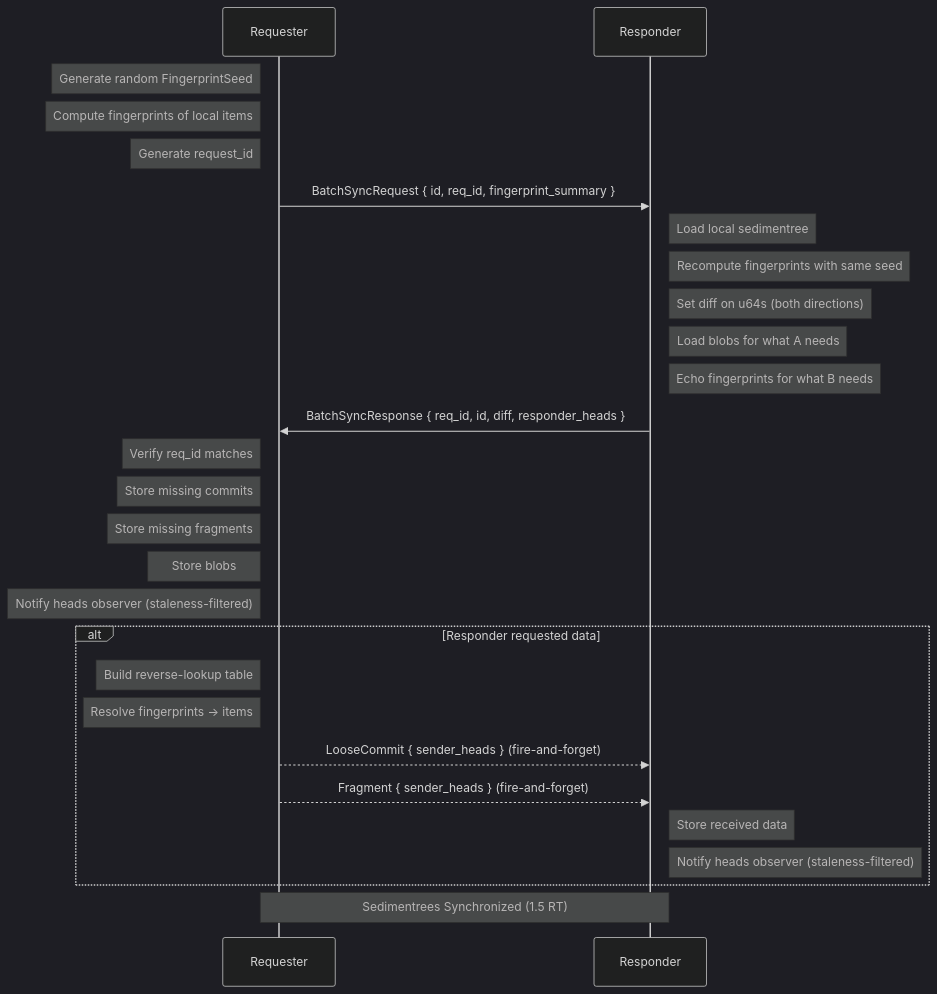
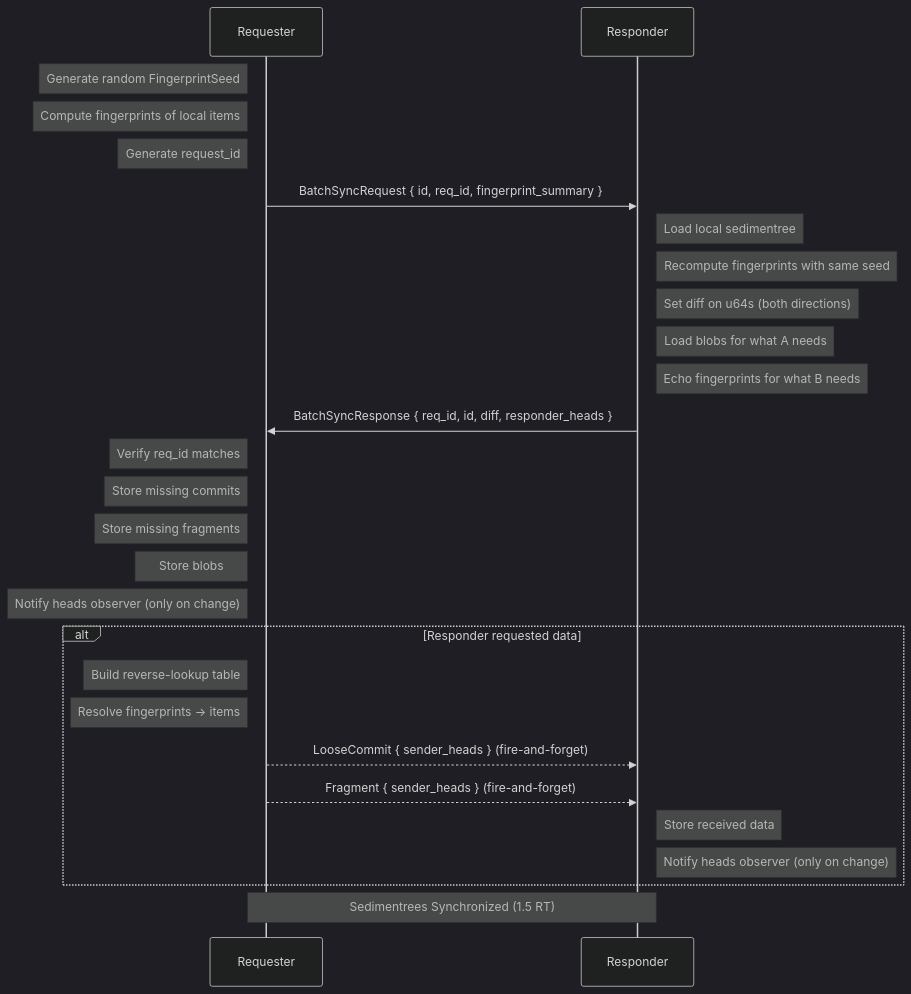
One commit to inkandswitch/subduction changed the third of 3 diagrams in design/sync/batch.md. Above: the diagram before and after it, drawn with Mermaid (dark theme). The commit also changed other lines of this file and 14 other files, not shown here.

````diff
--- a/design/sync/batch.md
+++ b/design/sync/batch.md
@@ -242,36 +246,36 @@
 ```mermaid
 sequenceDiagram
     participant A as Requester
     participant B as Responder
 
     Note left of A: Generate random FingerprintSeed
     Note left of A: Compute fingerprints of local items
     Note left of A: Generate request_id
 
     A->>B: BatchSyncRequest { id, req_id, fingerprint_summary }
 
     Note right of B: Load local sedimentree
     Note right of B: Recompute fingerprints with same seed
     Note right of B: Set diff on u64s (both directions)
     Note right of B: Load blobs for what A needs
     Note right of B: Echo fingerprints for what B needs
 
     B->>A: BatchSyncResponse { req_id, id, diff, responder_heads }
 
     Note left of A: Verify req_id matches
     Note left of A: Store missing commits
     Note left of A: Store missing fragments
     Note left of A: Store blobs
-    Note left of A: Notify heads observer (staleness-filtered)
+    Note left of A: Notify heads observer (only on change)
 
     alt Responder requested data
         Note left of A: Build reverse-lookup table
         Note left of A: Resolve fingerprints → items
         A-->>B: LooseCommit { sender_heads } (fire-and-forget)
         A-->>B: Fragment { sender_heads } (fire-and-forget)
         Note right of B: Store received data
-        Note right of B: Notify heads observer (staleness-filtered)
+        Note right of B: Notify heads observer (only on change)
     end
 
     Note over A,B: Sedimentrees Synchronized (1.5 RT)
 ```
````
